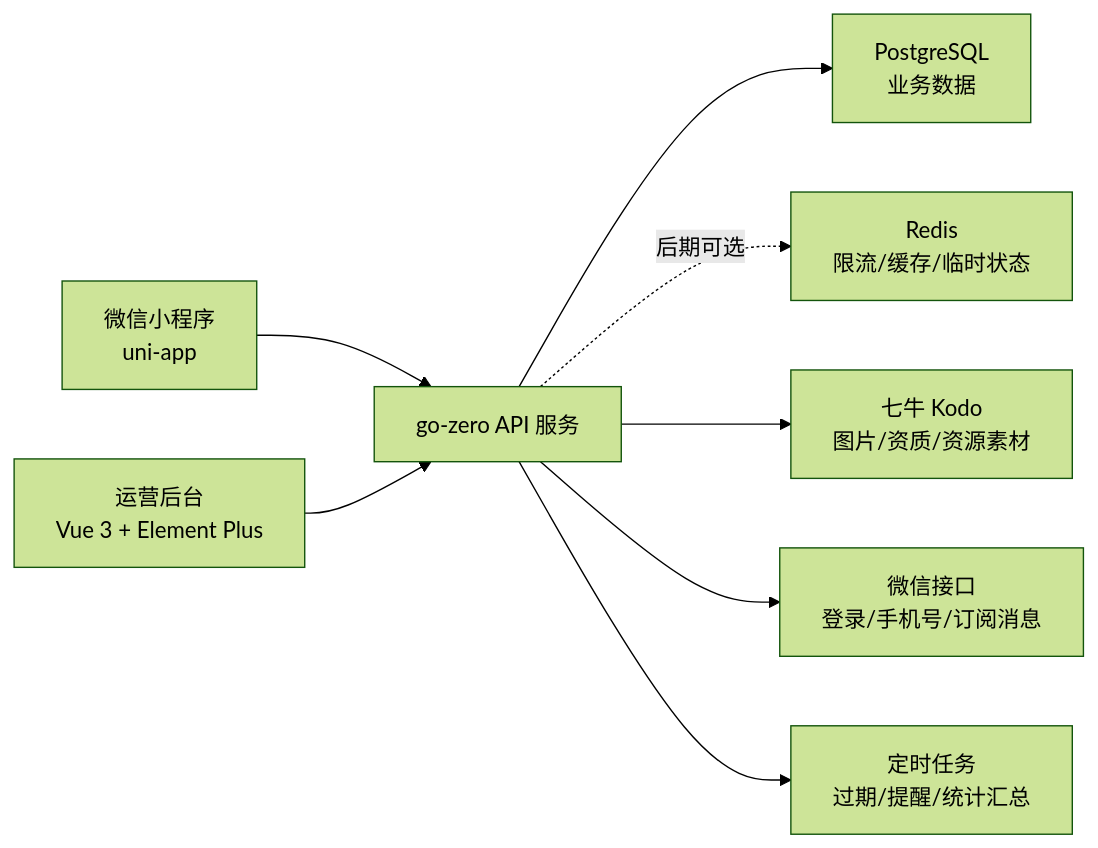
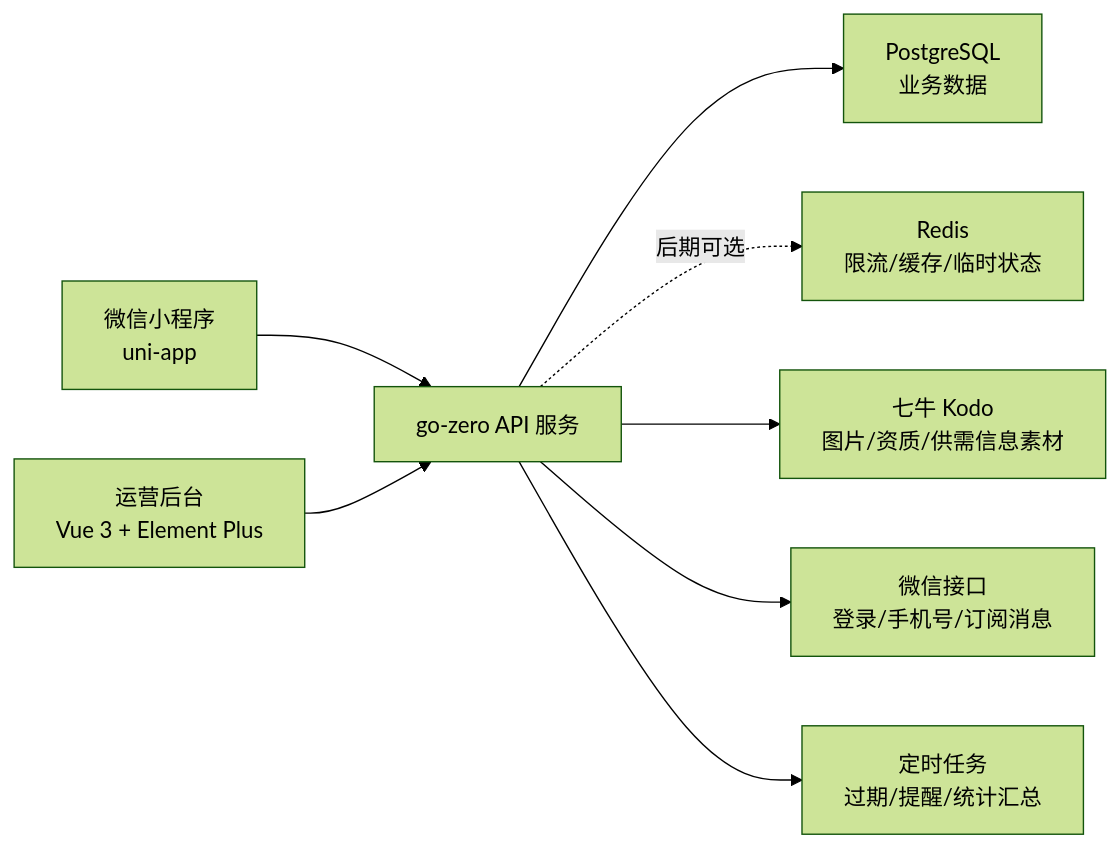
One commit to tourdt/wplink changed the first of 4 diagrams in docs/product/technical-architecture.md. Above: the diagram before and after it, drawn with Mermaid (forest theme). The commit also changed other lines of this file and 54 other files, not shown here.

````diff
--- a/docs/product/technical-architecture.md
+++ b/docs/product/technical-architecture.md
@@ -34,10 +34,10 @@
 ```mermaid
 flowchart LR
   wx["微信小程序\nuni-app"] --> api["go-zero API 服务"]
   admin["运营后台\nVue 3 + Element Plus"] --> api
   api --> db["PostgreSQL\n业务数据"]
   api -. 后期可选 .-> redis["Redis\n限流/缓存/临时状态"]
-  api --> kodo["七牛 Kodo\n图片/资质/资源素材"]
+  api --> kodo["七牛 Kodo\n图片/资质/供需信息素材"]
   api --> wxapi["微信接口\n登录/手机号/订阅消息"]
   api --> jobs["定时任务\n过期/提醒/统计汇总"]
 ```
````
